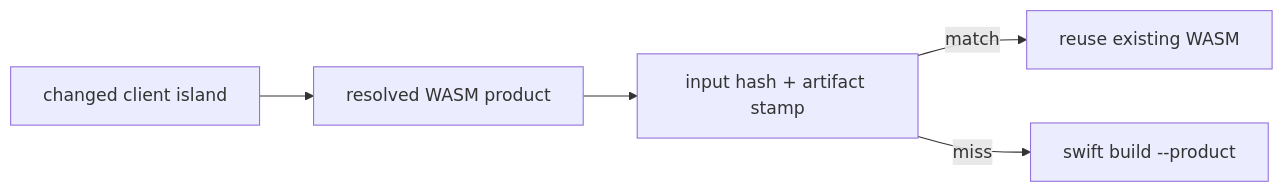
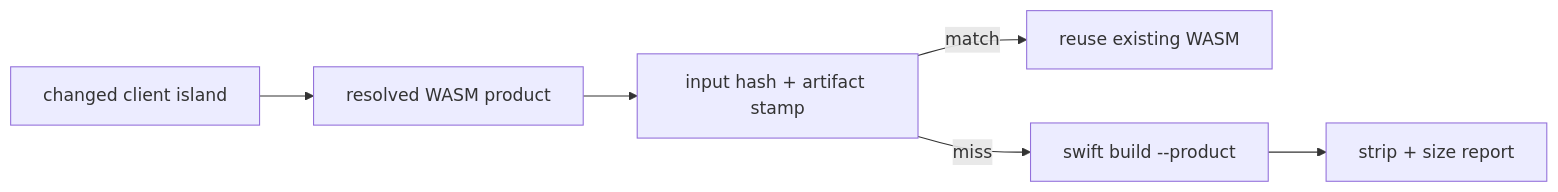
One commit to 1amageek/swift-web changed the first of 2 diagrams in Sources/SwiftWebDevelopment/README.md. Above: the diagram before and after it, drawn with Mermaid. The commit also changed other lines of this file and 26 other files, not shown here.

````diff
--- a/Sources/SwiftWebDevelopment/README.md
+++ b/Sources/SwiftWebDevelopment/README.md
@@ -21,7 +23,8 @@
 ```mermaid
 flowchart LR
   A["changed client island"] --> B["resolved WASM product"]
   B --> C["input hash + artifact stamp"]
   C -->|match| D["reuse existing WASM"]
   C -->|miss| E["swift build --product"]
+  E --> F["strip + size report"]
 ```
````
